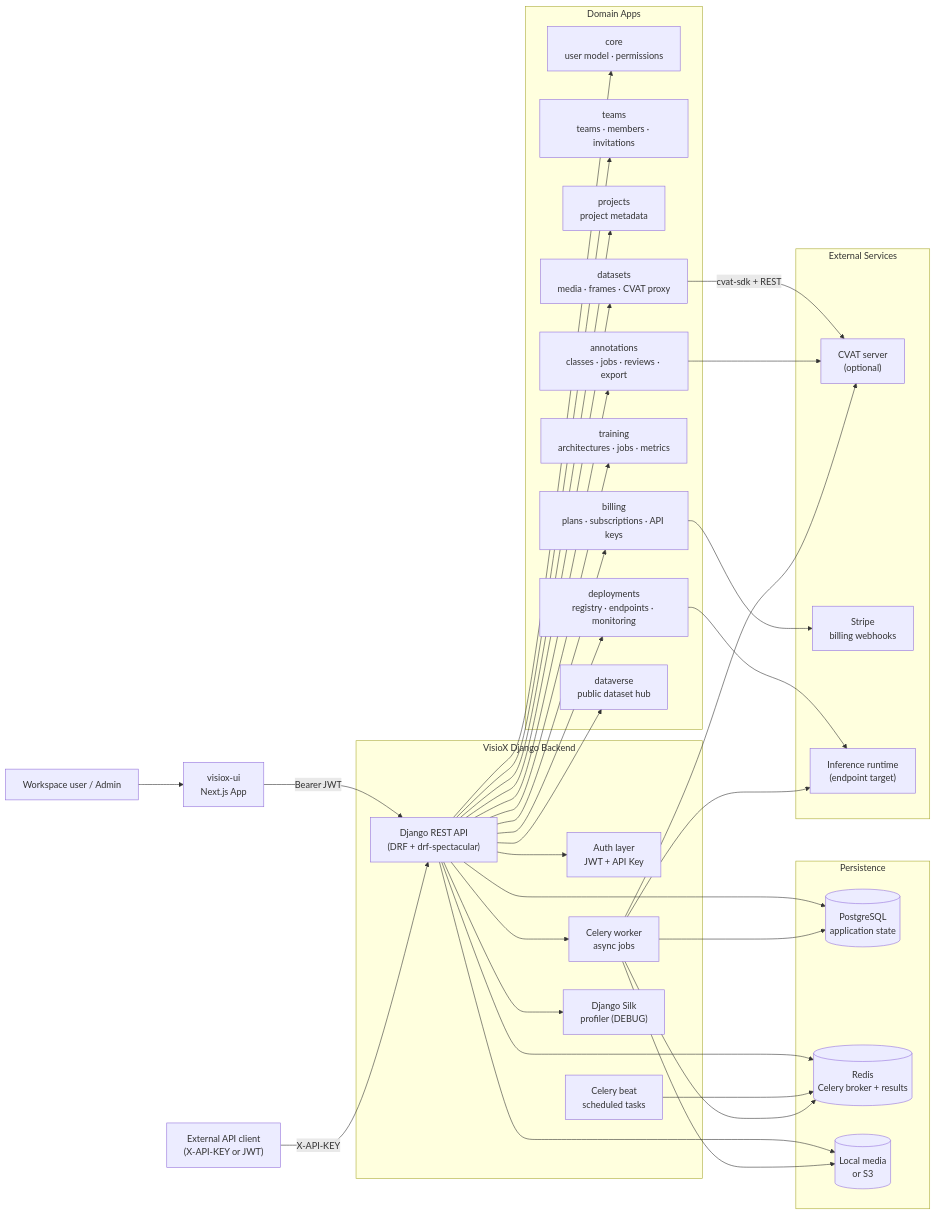
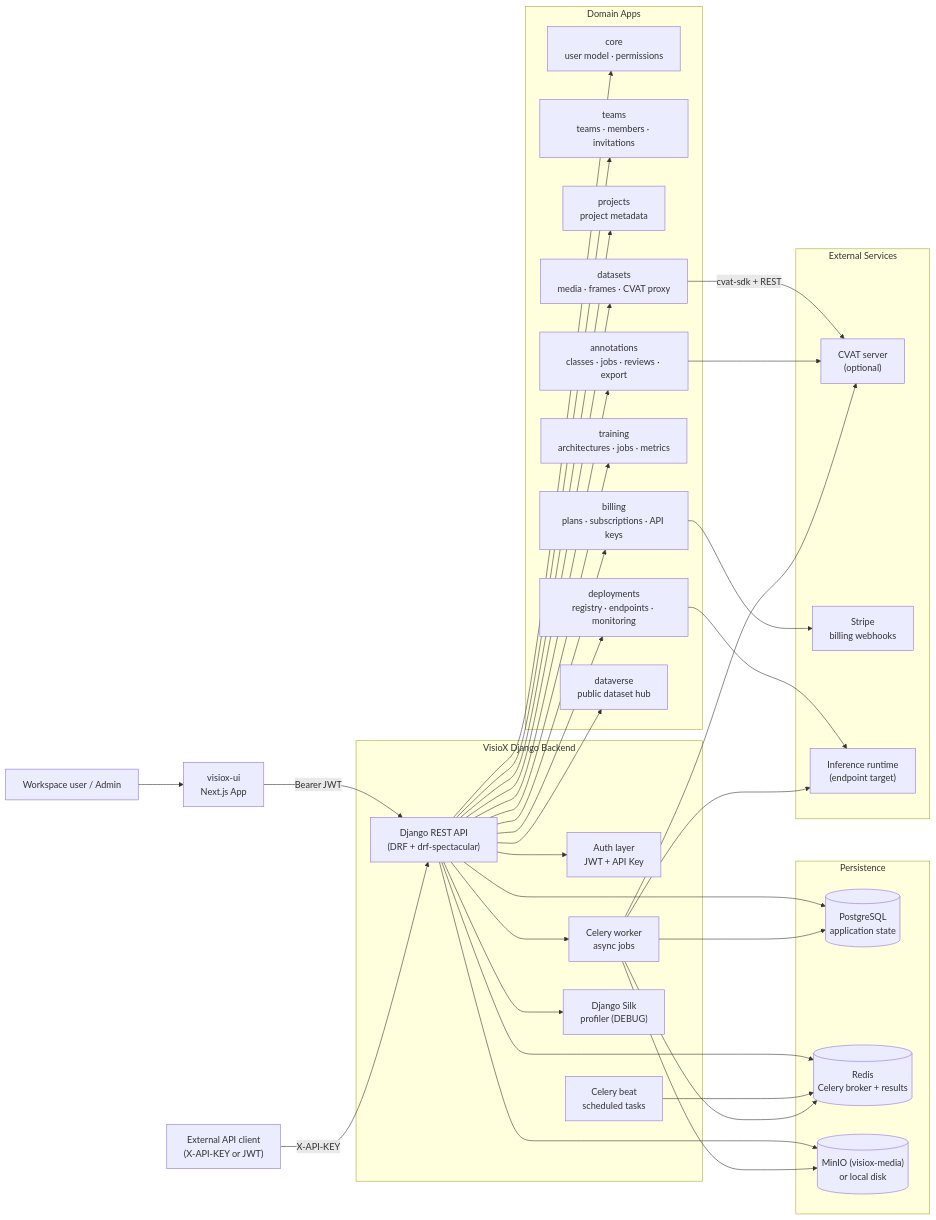
One commit to the-visiox/visiox changed the first of 12 diagrams in docs/ARCHITECTURE_DIAGRAMS.md. Above: the diagram before and after it, drawn with Mermaid. The commit also changed other lines of this file and 13 other files, not shown here.

````diff
--- a/docs/ARCHITECTURE_DIAGRAMS.md
+++ b/docs/ARCHITECTURE_DIAGRAMS.md
@@ -16,71 +16,71 @@
 ```mermaid
 flowchart LR
     User["Workspace user / Admin"]
     Frontend["visiox-ui\nNext.js App"]
     APIClient["External API client\n(X-API-KEY or JWT)"]
 
     subgraph Backend["VisioX Django Backend"]
         API["Django REST API\n(DRF + drf-spectacular)"]
         Auth["Auth layer\nJWT + API Key"]
         CeleryW["Celery worker\nasync jobs"]
         CeleryB["Celery beat\nscheduled tasks"]
         Silk["Django Silk\nprofiler (DEBUG)"]
     end
 
     subgraph Apps["Domain Apps"]
         Core["core\nuser model · permissions"]
         Teams["teams\nteams · members · invitations"]
         Projects["projects\nproject metadata"]
         Datasets["datasets\nmedia · frames · CVAT proxy"]
         Annot["annotations\nclasses · jobs · reviews · export"]
         Training["training\narchitectures · jobs · metrics"]
         Deploy["deployments\nregistry · endpoints · monitoring"]
         Billing["billing\nplans · subscriptions · API keys"]
         Dataverse["dataverse\npublic dataset hub"]
     end
 
     subgraph DataStores["Persistence"]
         PG[("PostgreSQL\napplication state")]
         Redis[("Redis\nCelery broker + results")]
-        Media[("Local media\nor S3")]
+        Media[("MinIO (visiox-media)\nor local disk")]
     end
 
     subgraph External["External Services"]
         CVAT["CVAT server\n(optional)"]
         Stripe["Stripe\nbilling webhooks"]
         InfRuntime["Inference runtime\n(endpoint target)"]
     end
 
     User --> Frontend
     Frontend -->|"Bearer JWT"| API
     APIClient -->|"X-API-KEY"| API
 
     API --> Auth
     API --> Core
     API --> Teams
     API --> Projects
     API --> Datasets
     API --> Annot
     API --> Training
     API --> Deploy
     API --> Billing
     API --> Dataverse
     API --> Silk
 
     API --> PG
     API --> Media
     API --> Redis
 
     Datasets -->|"cvat-sdk + REST"| CVAT
     Annot --> CVAT
     Billing --> Stripe
     Deploy --> InfRuntime
 
     API --> CeleryW
     CeleryB --> Redis
     CeleryW --> Redis
     CeleryW --> PG
     CeleryW --> Media
     CeleryW --> CVAT
     CeleryW --> InfRuntime
 ```
````
